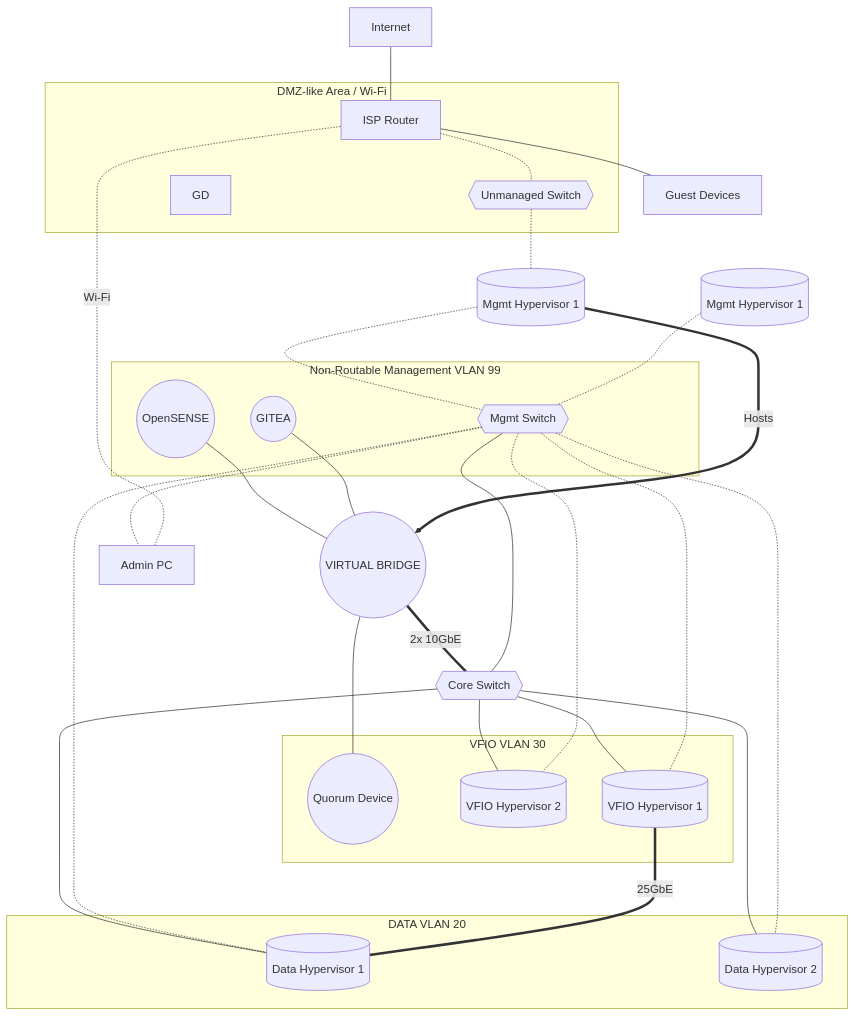
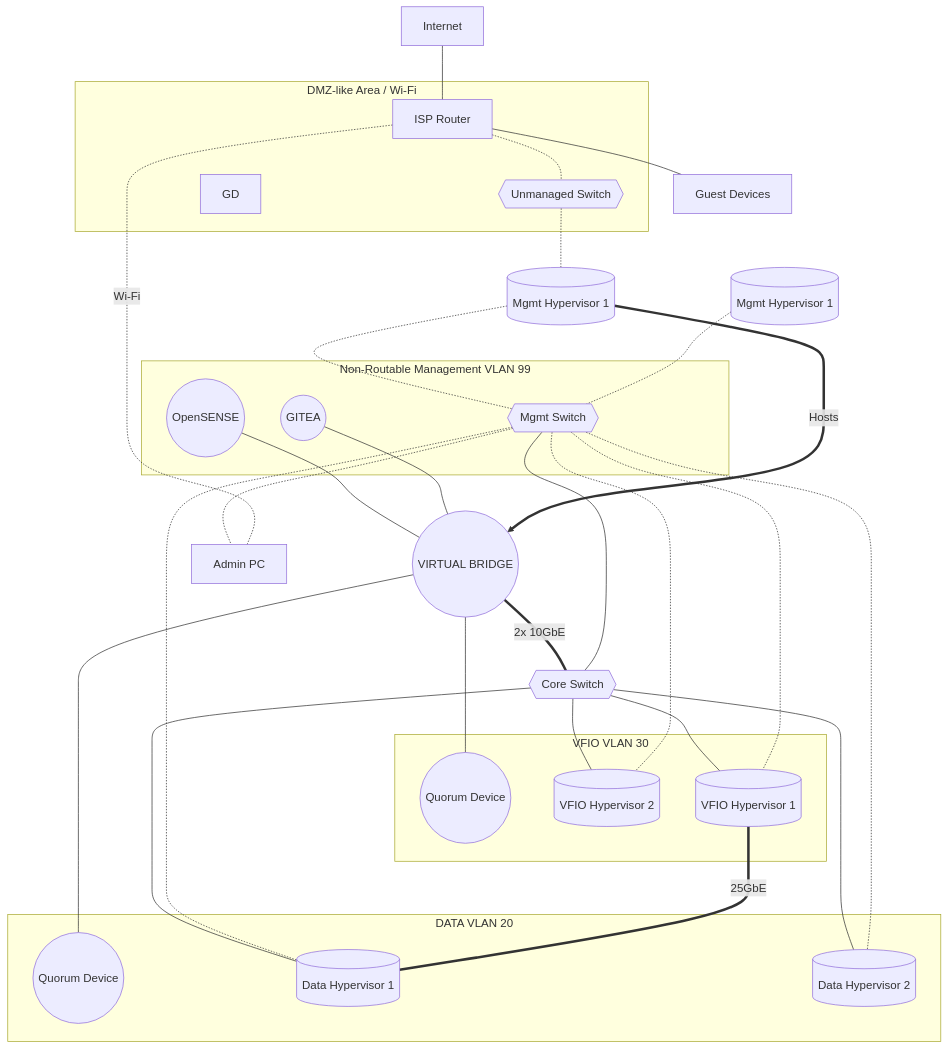
Before and after one commit to woeiru/lab: the diagram in arc/net1.md, drawn with Mermaid.

Commit message:
arc/net1.md: split quorum devices into VLANs

````diff
--- a/arc/net1.md
+++ b/arc/net1.md
@@ -3,45 +3,47 @@
 ```mermaid
 graph TD
     INT[Internet] --- ISPR[ISP Router]
     ISPR -.- US
     US{{Unmanaged Switch}} -.- MH1
     OPN((OpenSENSE)) --- VB((VIRTUAL BRIDGE))
     GIT((GITEA)) --- VB
-    VB --- QD((Quorum Device))
+    VB --- QDV((Quorum Device))
+    VB --- QDD((Quorum Device))
     VB ===|2x 10GbE| CS{{Core Switch}}
     MH1[(Mgmt Hypervisor 1)] -.-  MS{{Mgmt Switch}}
     MH2[(Mgmt Hypervisor 1)] -.-  MS{{Mgmt Switch}}
     MS --- CS
     MS -.- APC[Admin PC]
     APC -.-|Wi-Fi| ISPR
     MH1 ==>|Hosts| VB
     CS --- VH2[(VFIO Hypervisor 2)]
     MS -.- VH2
     ISPR --- HD[Guest Devices]
     CS --- VH1[(VFIO Hypervisor 1)]
     MS -.- VH1
     CS --- DH1[(Data Hypervisor 1)]
     MS -.- DH1
     CS --- DH2[(Data Hypervisor 2)]
     MS -.- DH2
     VH1 ===|25GbE| DH1
     subgraph VLAN20 [DATA VLAN 20]
         DH1
         DH2
+        QDD
     end
     subgraph VLAN30 [VFIO VLAN 30]
         VH1
         VH2
-        QD
+        QDV
     end
     subgraph VLAN99 [Non-Routable Management VLAN 99]
         MS
         OPN
         GIT
     end
     subgraph DMZ [DMZ-like Area / Wi-Fi]
         ISPR
         GD
         US
     end
 ```
````
